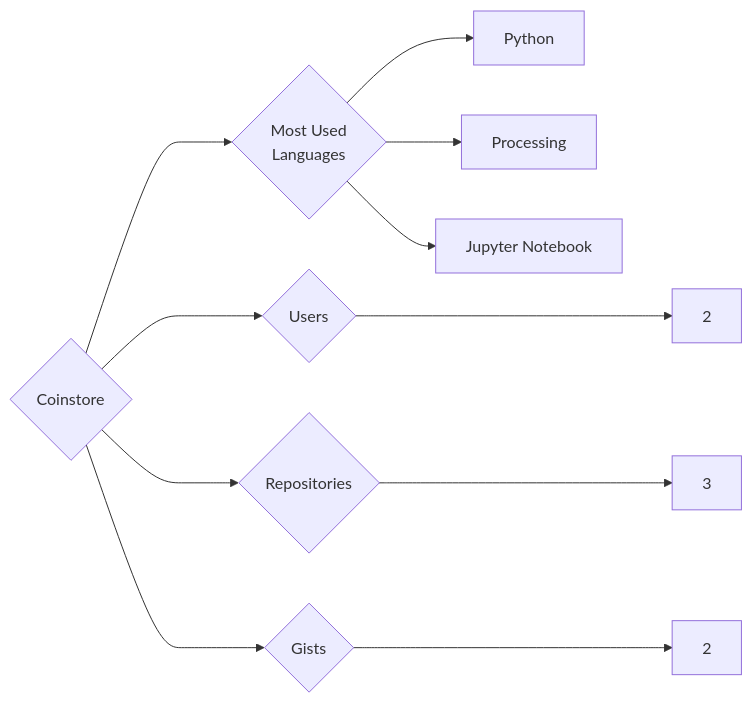
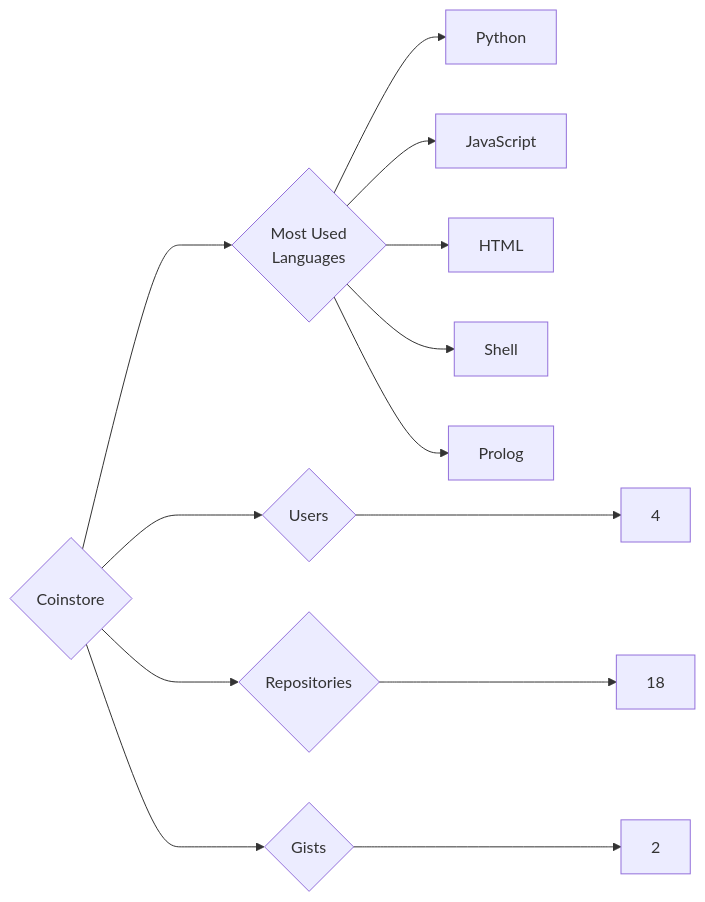
The diagram in targets/Coinstore/README.md (trickest/insiders), drawn with Mermaid before and after one commit. The commit also changed 1084 other files, not shown here.

````diff
--- a/targets/Coinstore/README.md
+++ b/targets/Coinstore/README.md
@@ -3,11 +3,13 @@
 ```mermaid
 graph LR
 COMPANY_NAME{Coinstore}
-COMPANY_NAME ---> U{Users} ---> UN[2]
-COMPANY_NAME ---> R{Repositories} ---> RN[3]
+COMPANY_NAME ---> U{Users} ---> UN[4]
+COMPANY_NAME ---> R{Repositories} ---> RN[18]
 COMPANY_NAME ---> G{Gists} ---> GN[2]
 COMPANY_NAME ---> ML{Most Used<br>Languages}
 ML --> Python[Python]
-ML --> Processing[Processing]
-ML --> Jupyter_Notebook[Jupyter Notebook]
+ML --> JavaScript[JavaScript]
+ML --> HTML[HTML]
+ML --> Shell[Shell]
+ML --> Prolog[Prolog]
 ```
````
